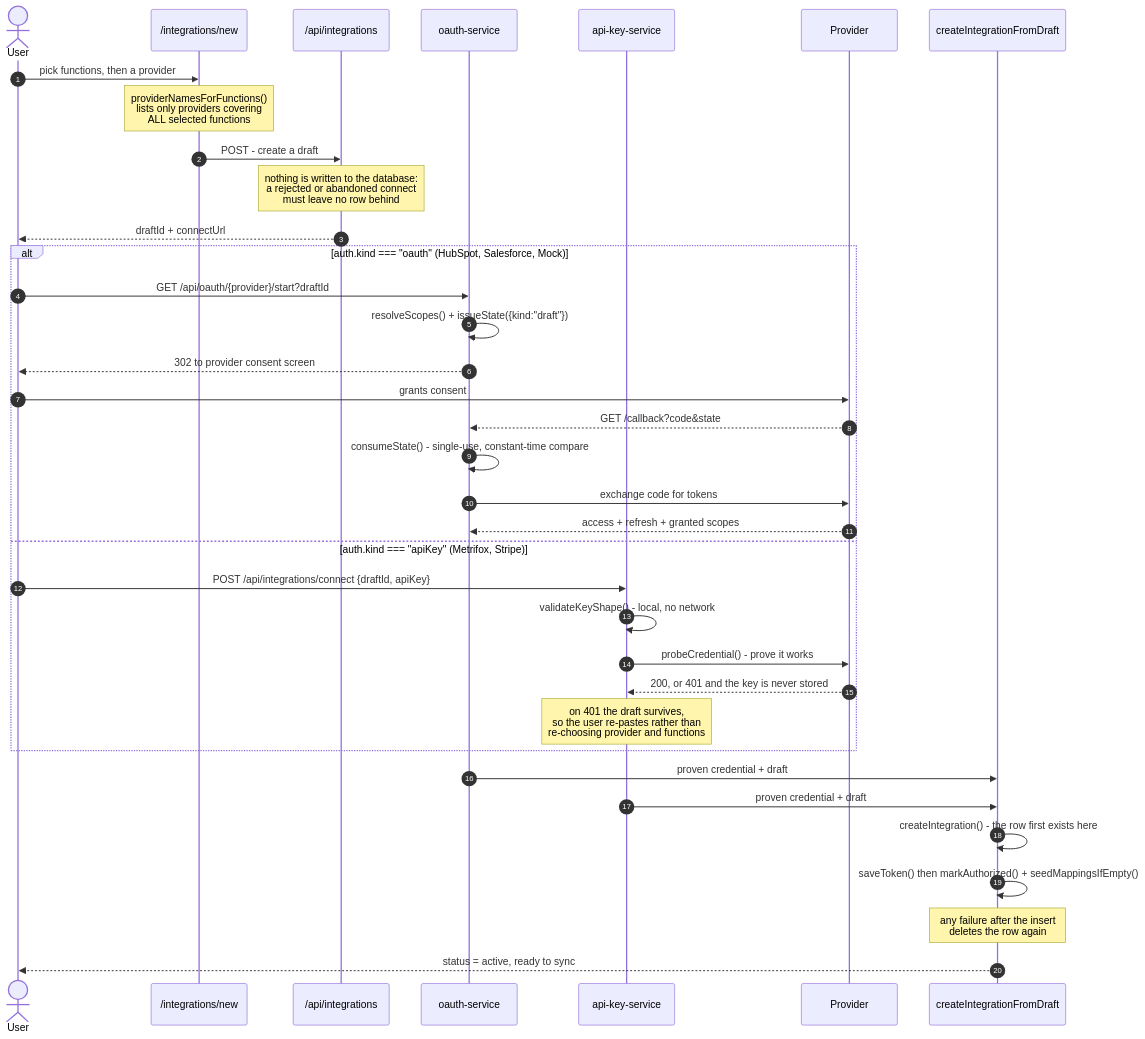
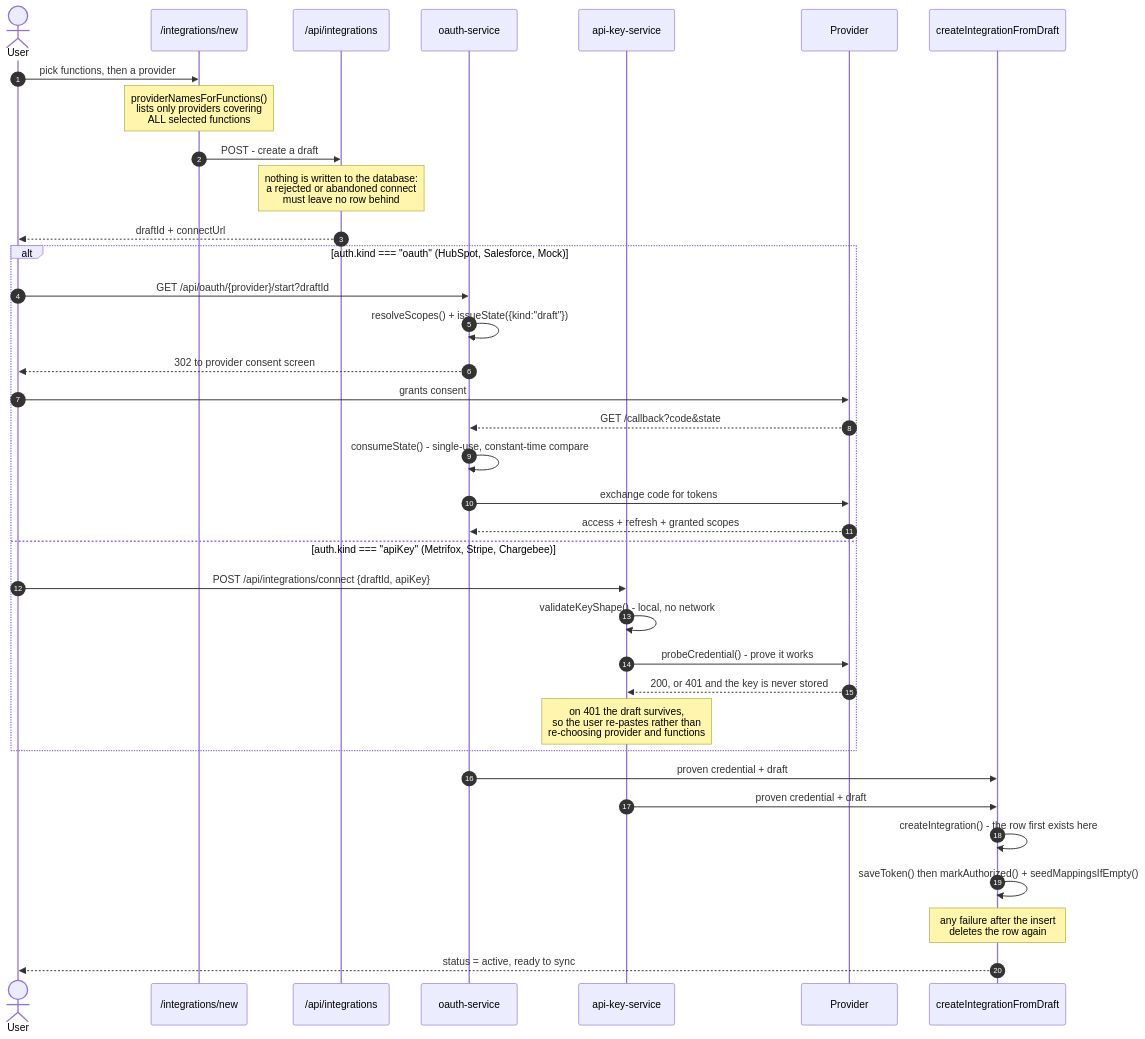
One commit to ajibade-ibrahim/Integration-Demo changed the third of 9 diagrams in docs/architecture.md. Above: the diagram before and after it, drawn with Mermaid. The commit also changed other lines of this file and 4 other files, not shown here.

````diff
--- a/docs/architecture.md
+++ b/docs/architecture.md
@@ -146,41 +147,41 @@
 ```mermaid
 sequenceDiagram
     autonumber
     actor U as User
     participant NEW as /integrations/new
     participant API as /api/integrations
     participant OA as oauth-service
     participant AK as api-key-service
     participant P as Provider
     participant FIN as createIntegrationFromDraft
 
     U->>NEW: pick functions, then a provider
     Note over NEW: providerNamesForFunctions()<br/>lists only providers covering<br/>ALL selected functions
     NEW->>API: POST - create a draft
     Note over API: nothing is written to the database:<br/>a rejected or abandoned connect<br/>must leave no row behind
     API-->>U: draftId + connectUrl
 
     alt auth.kind === "oauth" (HubSpot, Salesforce, Mock)
         U->>OA: GET /api/oauth/{provider}/start?draftId
         OA->>OA: resolveScopes() + issueState({kind:"draft"})
         OA-->>U: 302 to provider consent screen
         U->>P: grants consent
         P-->>OA: GET /callback?code&state
         OA->>OA: consumeState() - single-use, constant-time compare
         OA->>P: exchange code for tokens
         P-->>OA: access + refresh + granted scopes
-    else auth.kind === "apiKey" (Metrifox, Stripe)
+    else auth.kind === "apiKey" (Metrifox, Stripe, Chargebee)
         U->>AK: POST /api/integrations/connect {draftId, apiKey}
         AK->>AK: validateKeyShape() - local, no network
         AK->>P: probeCredential() - prove it works
         P-->>AK: 200, or 401 and the key is never stored
         Note over AK: on 401 the draft survives,<br/>so the user re-pastes rather than<br/>re-choosing provider and functions
     end
 
     OA->>FIN: proven credential + draft
     AK->>FIN: proven credential + draft
     FIN->>FIN: createIntegration() - the row first exists here
     FIN->>FIN: saveToken() then markAuthorized() + seedMappingsIfEmpty()
     Note over FIN: any failure after the insert<br/>deletes the row again
     FIN-->>U: status = active, ready to sync
 ```
````
